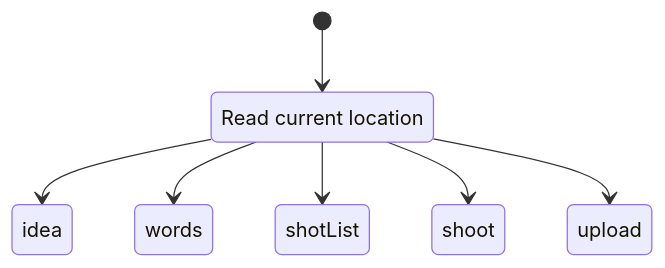
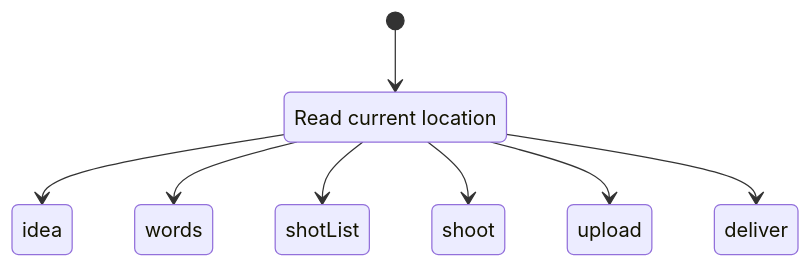
Before and after one commit to prateekranka/instaContentHelper: the tenth of 28 diagrams in docs/state-machines.md, drawn with Mermaid. The commit also changed other lines of this file and 1 other file, not shown here.

````diff
--- a/docs/state-machines.md
+++ b/docs/state-machines.md
@@ -329,10 +330,11 @@
 ```mermaid
 stateDiagram-v2
     state "Read current location" as route
     [*] --> route
     route --> idea
     route --> words
     route --> shotList
     route --> shoot
     route --> upload
+    route --> deliver
 ```
````
